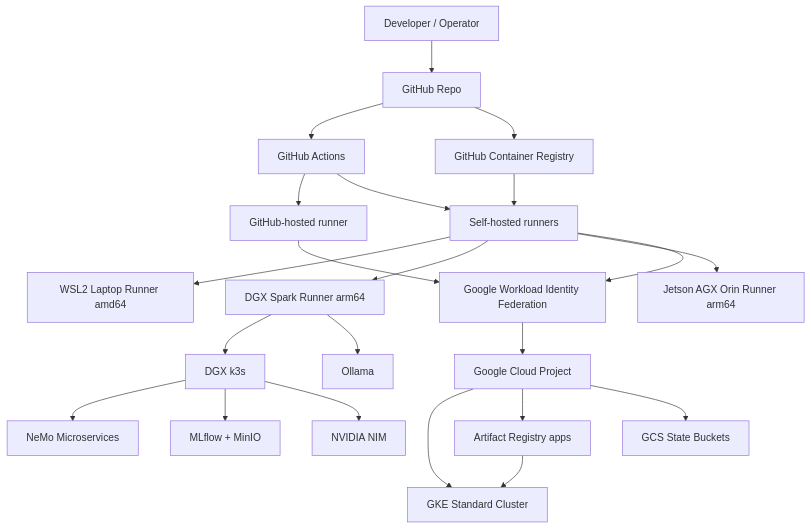
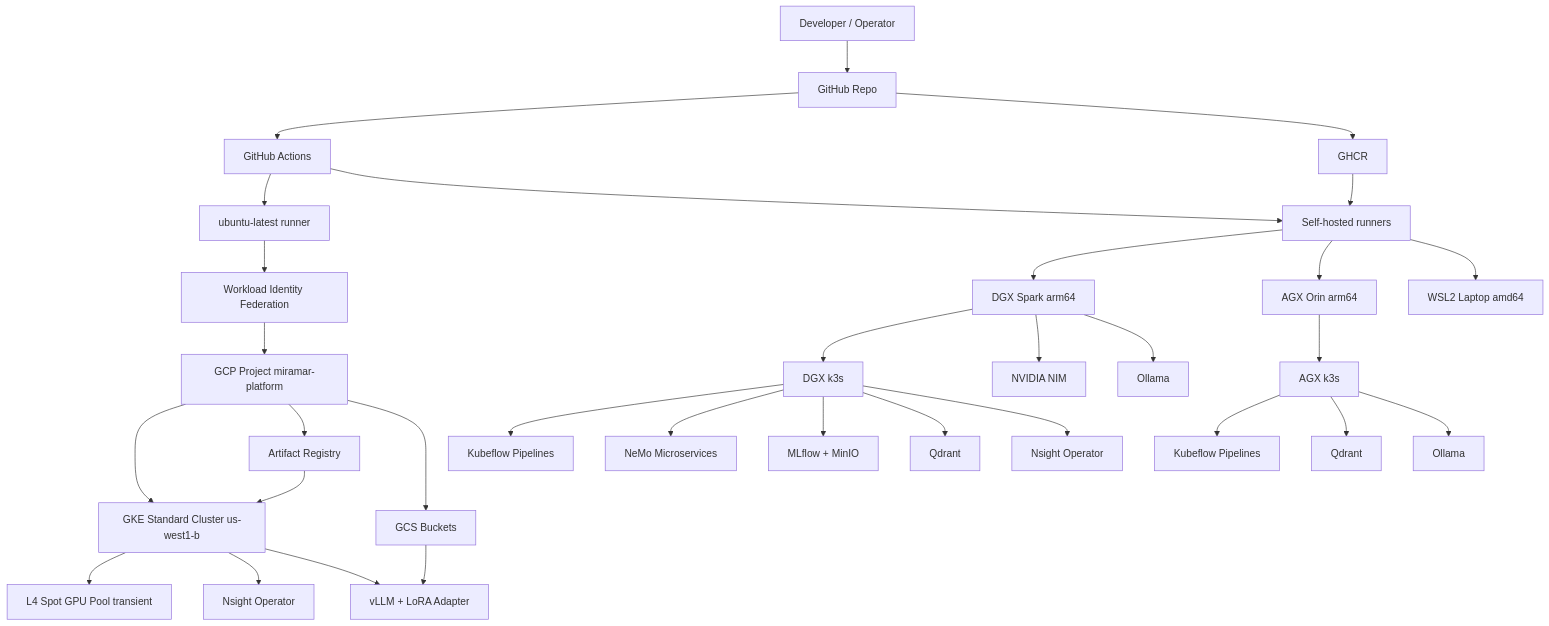
Before and after one commit to miramar-labs-org/miramar-platform-gcp: the diagram in docs/architecture.md, drawn with Mermaid. The commit also changed other lines of this file, not shown here.

First line of the commit message:
docs(architecture): full rewrite to reflect current platform state

````diff
--- a/docs/architecture.md
+++ b/docs/architecture.md
@@ -29,30 +103,42 @@
 ```mermaid
 flowchart TD
     Dev[Developer / Operator] --> GH[GitHub Repo]
     GH --> GHA[GitHub Actions]
 
-    GHA --> Hosted[GitHub-hosted runner]
+    GHA --> Hosted[ubuntu-latest runner]
     GHA --> SelfHosted[Self-hosted runners]
 
-    SelfHosted --> WSL2[WSL2 Laptop Runner amd64]
-    SelfHosted --> DGX[DGX Spark Runner arm64]
-    SelfHosted --> AGX[Jetson AGX Orin Runner arm64]
+    SelfHosted --> DGX[DGX Spark arm64]
+    SelfHosted --> AGX[AGX Orin arm64]
+    SelfHosted --> WSL2[WSL2 Laptop amd64]
 
-    Hosted --> WIF[Google Workload Identity Federation]
-    SelfHosted --> WIF
-    WIF --> GCP[Google Cloud Project]
+    Hosted --> WIF[Workload Identity Federation]
+    WIF --> GCP[GCP Project miramar-platform]
 
-    GCP --> GKE[GKE Standard Cluster]
-    GCP --> GAR[Artifact Registry apps]
-    GCP --> GCS[GCS State Buckets]
+    GCP --> GKE[GKE Standard Cluster us-west1-b]
+    GCP --> GAR[Artifact Registry]
+    GCP --> GCS[GCS Buckets]
 
-    DGX --> K3s[DGX k3s]
-    K3s --> Nemo[NeMo Microservices]
-    K3s --> MLflow[MLflow + MinIO]
-    K3s --> NIM[NVIDIA NIM]
+    GKE --> GPUPool[L4 Spot GPU Pool transient]
+    GKE --> NsightGKE[Nsight Operator]
+    GKE --> vLLM[vLLM + LoRA Adapter]
+
+    DGX --> K3sDGX[DGX k3s]
+    K3sDGX --> KFP[Kubeflow Pipelines]
+    K3sDGX --> NeMo[NeMo Microservices]
+    K3sDGX --> MLflow[MLflow + MinIO]
+    K3sDGX --> QdrantDGX[Qdrant]
+    K3sDGX --> NsightDGX[Nsight Operator]
+    DGX --> NIM[NVIDIA NIM]
     DGX --> Ollama[Ollama]
 
-    GH --> GHCR[GitHub Container Registry]
+    AGX --> K3sAGX[AGX k3s]
+    K3sAGX --> KFPAGX[Kubeflow Pipelines]
+    K3sAGX --> QdrantAGX[Qdrant]
+    K3sAGX --> OllamaAGX[Ollama]
+
+    GH --> GHCR[GHCR]
     GHCR --> SelfHosted
     GAR --> GKE
+    GCS --> vLLM
 ```
````
